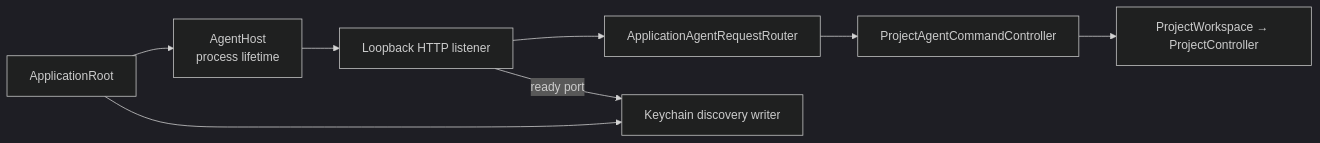
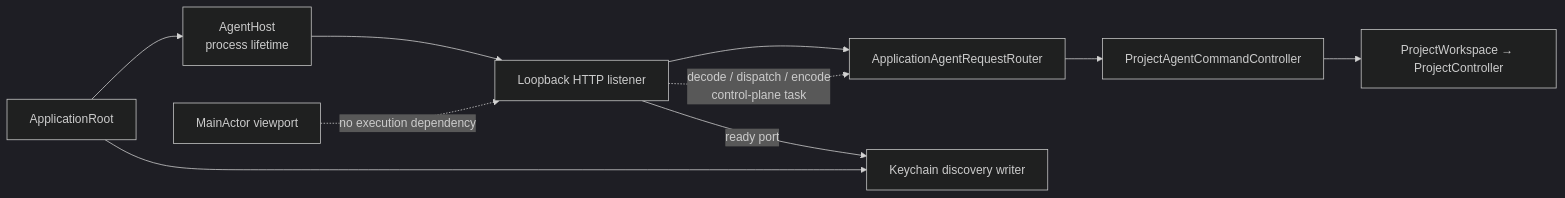
Before and after one commit to 1amageek/Rupa: the first of 2 diagrams in RupaKit/Sources/RupaAgentUI/DESIGN.md, drawn with Mermaid (dark theme). The commit also changed other lines of this file and 13 other files, not shown here.

````diff
--- a/RupaKit/Sources/RupaAgentUI/DESIGN.md
+++ b/RupaKit/Sources/RupaAgentUI/DESIGN.md
@@ -30,10 +36,12 @@
 ```mermaid
 flowchart LR
     App["ApplicationRoot"] --> Host["AgentHost\nprocess lifetime"]
     Host --> Listener["Loopback HTTP listener"]
     Listener --> Router["ApplicationAgentRequestRouter"]
     Router --> Runtime["ProjectAgentCommandController"]
     Runtime --> Workspace["ProjectWorkspace → ProjectController"]
+    Listener -. "decode / dispatch / encode\ncontrol-plane task" .-> Router
+    Viewport["MainActor viewport"] -. "no execution dependency" .-> Listener
     App --> Writer["Keychain discovery writer"]
     Listener -->|ready port| Writer
 ```
````
